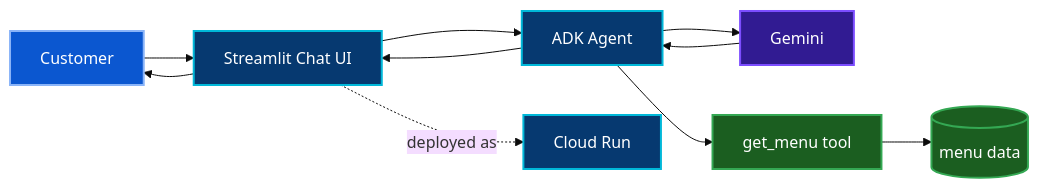
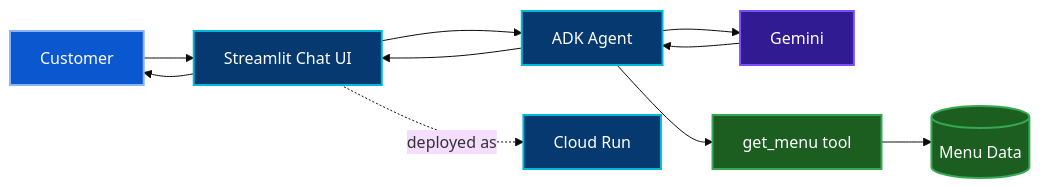
The diagram in 01-track-1-rag-adk-cloud-run/README.md (sonia11mansha415/google-cloud-genai-academy-apac-cohort-3), drawn with Mermaid (base theme) before and after one commit. The commit also changed other lines of this file and 4 other files, not shown here.

````diff
--- a/01-track-1-rag-adk-cloud-run/README.md
+++ b/01-track-1-rag-adk-cloud-run/README.md
@@ -37,21 +39,21 @@
 ```mermaid
 flowchart LR
     U[Customer] --> S[Streamlit Chat UI]
     S --> A[ADK Agent]
     A --> G[Gemini]
     A --> T[get_menu tool]
-    T --> M[(menu data)]
+    T --> M[(Menu Data)]
     G --> A
     A --> S
     S --> U
     S -. deployed as .-> C[Cloud Run]
 
     classDef user fill:#0B57D0,stroke:#8AB4F8,color:#fff,stroke-width:2px;
     classDef app fill:#063970,stroke:#00B8D9,color:#fff,stroke-width:2px;
     classDef model fill:#311B92,stroke:#7C4DFF,color:#fff,stroke-width:2px;
     classDef data fill:#1B5E20,stroke:#34A853,color:#fff,stroke-width:2px;
     class U user;
     class S,A,C app;
     class G model;
     class T,M data;
 ```
````
